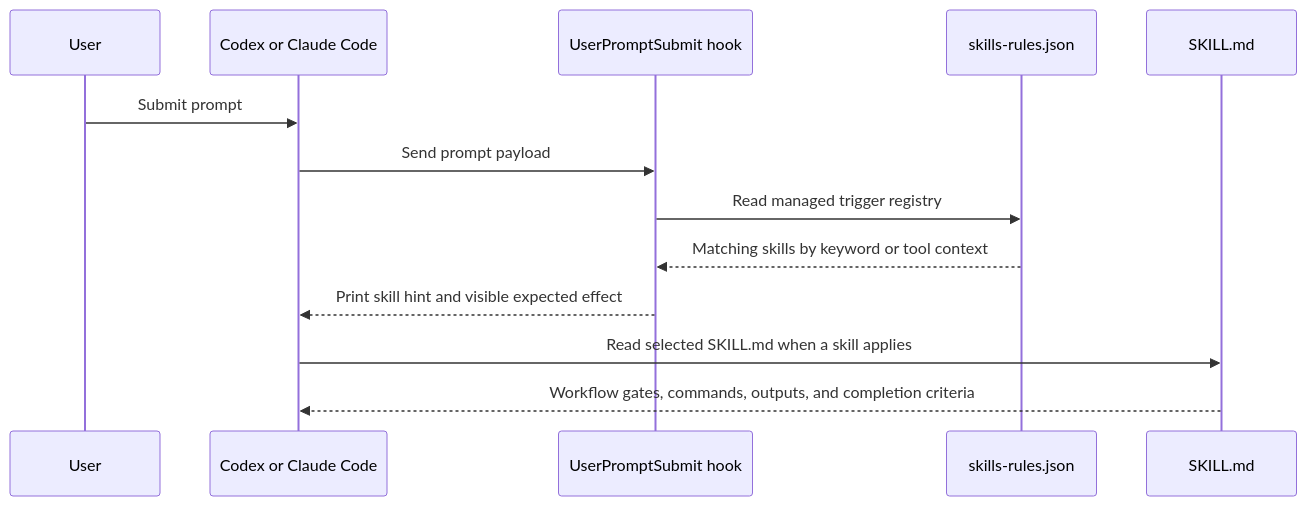
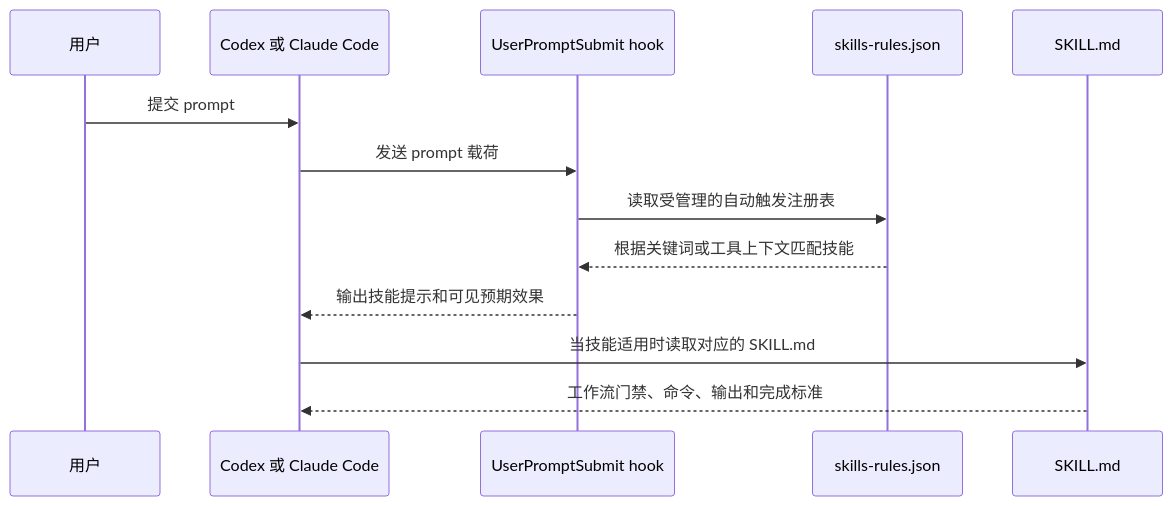
One commit to hxld/ai-workflow-control-kit changed the fourth of 8 diagrams in docs/ARCHITECTURE.md. Above: the diagram before and after it, drawn with Mermaid. The commit also changed other lines of this file and 2 other files, not shown here.

First line of the commit message:
📝 docs: add bilingual toggle (zh/en) for ARCHITECTURE.md

````diff
--- a/docs/ARCHITECTURE.md
+++ b/docs/ARCHITECTURE.md
@@ -199,16 +201,16 @@
 ```mermaid
 sequenceDiagram
-    participant User
-    participant Host as Codex or Claude Code
+    participant User as 用户
+    participant Host as Codex 或 Claude Code
     participant Hook as UserPromptSubmit hook
     participant Rules as skills-rules.json
     participant Skill as SKILL.md
 
-    User->>Host: Submit prompt
-    Host->>Hook: Send prompt payload
-    Hook->>Rules: Read managed trigger registry
-    Rules-->>Hook: Matching skills by keyword or tool context
-    Hook-->>Host: Print skill hint and visible expected effect
-    Host->>Skill: Read selected SKILL.md when a skill applies
-    Skill-->>Host: Workflow gates, commands, outputs, and completion criteria
+    User->>Host: 提交 prompt
+    Host->>Hook: 发送 prompt 载荷
+    Hook->>Rules: 读取受管理的自动触发注册表
+    Rules-->>Hook: 根据关键词或工具上下文匹配技能
+    Hook-->>Host: 输出技能提示和可见预期效果
+    Host->>Skill: 当技能适用时读取对应的 SKILL.md
+    Skill-->>Host: 工作流门禁、命令、输出和完成标准
 ```
````
